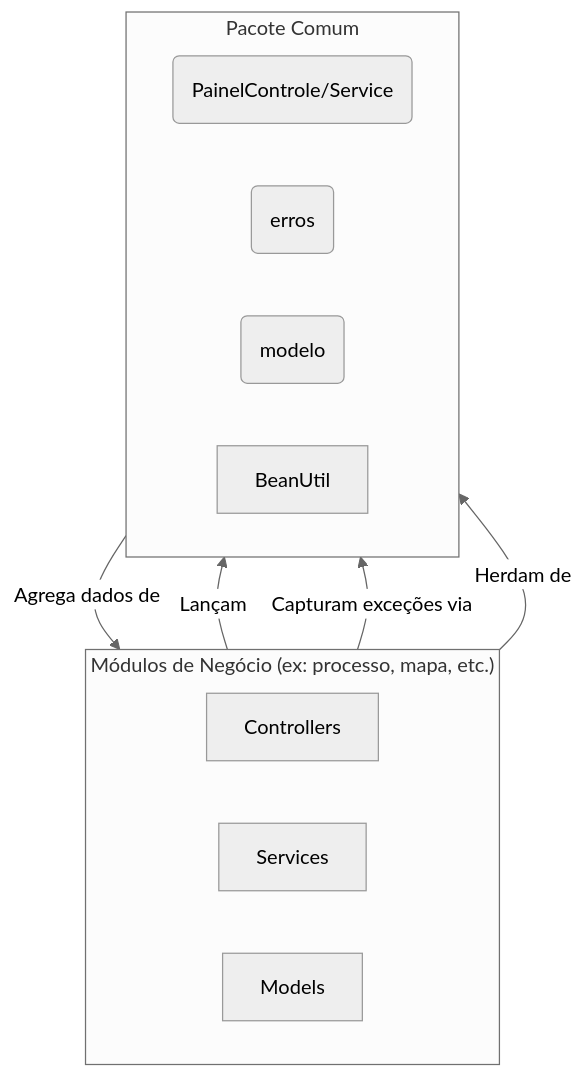
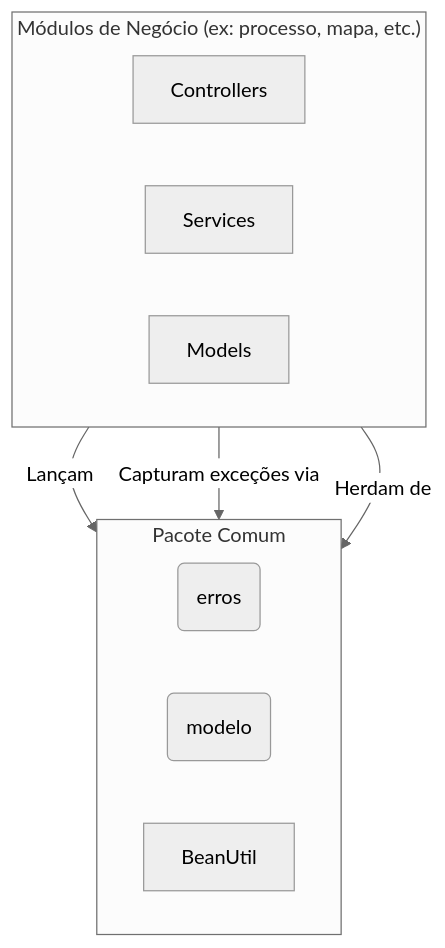
One commit to lgalvao/sgc changed the diagram in backend/src/main/java/sgc/comum/README.md. Above: the diagram before and after it, drawn with Mermaid (neutral theme). The commit also changed other lines of this file and 25 other files, not shown here.

````diff
--- a/backend/src/main/java/sgc/comum/README.md
+++ b/backend/src/main/java/sgc/comum/README.md
@@ -11,23 +11,20 @@
 ```mermaid
 graph TD
     subgraph "Módulos de Negócio (ex: processo, mapa, etc.)"
         direction LR
         Controllers
         Services
         Models
     end
 
     subgraph "Pacote Comum"
         direction LR
-        Painel(PainelControle/Service)
         Erros(erros)
         ModeloBase(modelo)
         BeanUtil
     end
 
     Services -- Lançam --> Erros
     Controllers -- Capturam exceções via --> Erros
     Models -- Herdam de --> ModeloBase
-
-    Painel -- Agrega dados de --> Services
 ```
````
